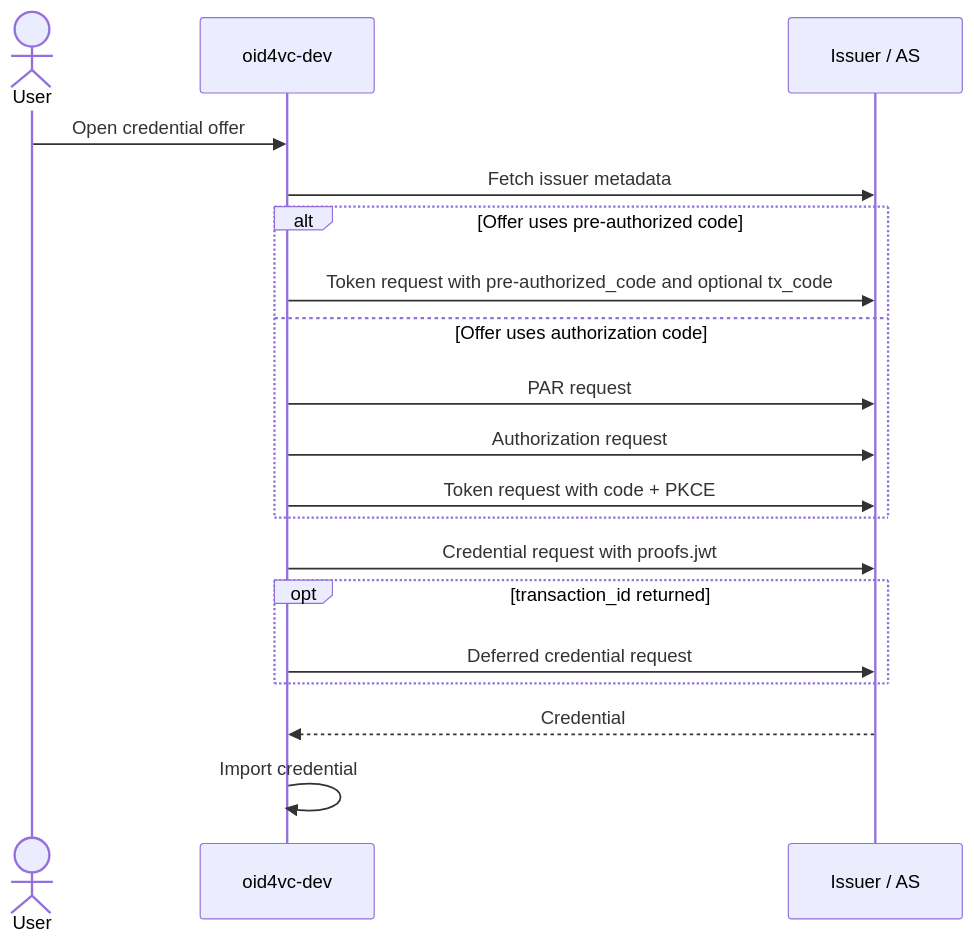
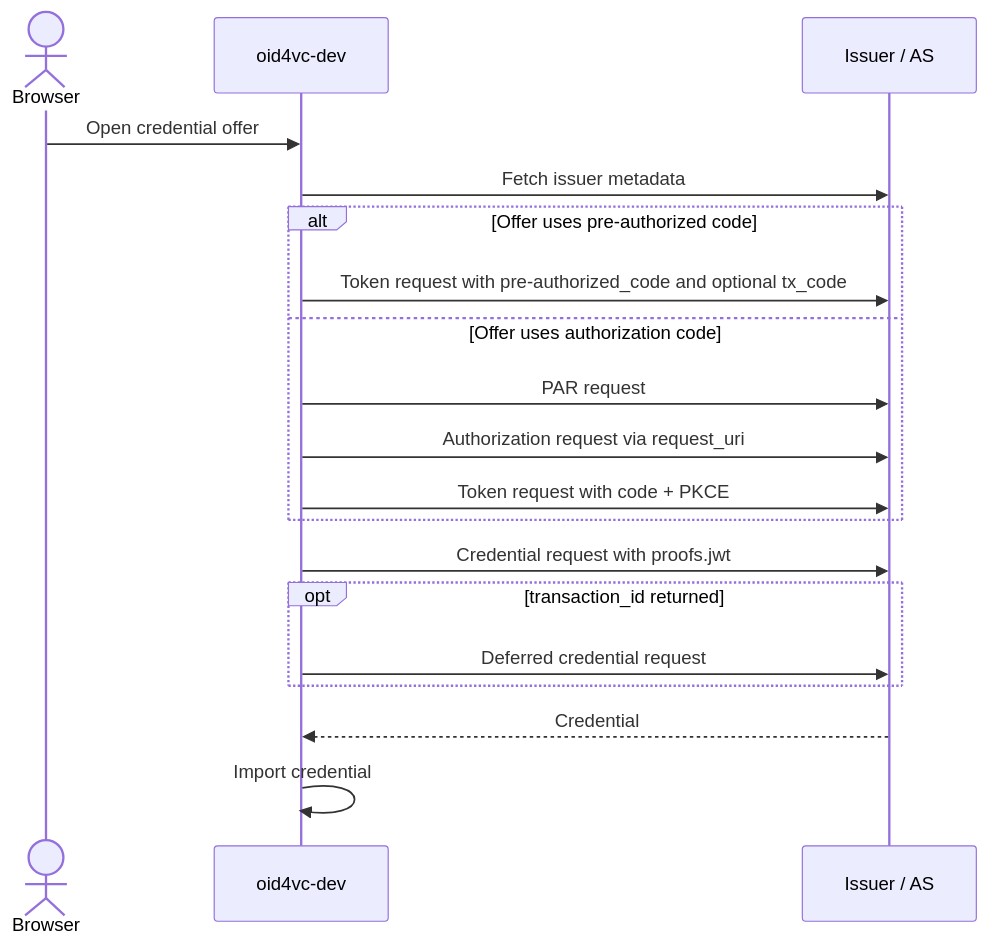
Before and after one commit to dominikschlosser/ssi-debugger: the first of 3 diagrams in docs/diagrams/oid4vci.md, drawn with Mermaid. The commit also changed other lines of this file and 10 other files, not shown here.

````diff
--- a/docs/diagrams/oid4vci.md
+++ b/docs/diagrams/oid4vci.md
@@ -7,22 +7,22 @@
 ```mermaid
 sequenceDiagram
-    actor User
+    actor Browser
     participant Wallet as oid4vc-dev
     participant Issuer as Issuer / AS
 
-    User->>Wallet: Open credential offer
+    Browser->>Wallet: Open credential offer
     Wallet->>Issuer: Fetch issuer metadata
     alt Offer uses pre-authorized code
         Wallet->>Issuer: Token request with pre-authorized_code and optional tx_code
     else Offer uses authorization code
         Wallet->>Issuer: PAR request
-        Wallet->>Issuer: Authorization request
+        Wallet->>Issuer: Authorization request via request_uri
         Wallet->>Issuer: Token request with code + PKCE
     end
     Wallet->>Issuer: Credential request with proofs.jwt
     opt transaction_id returned
         Wallet->>Issuer: Deferred credential request
     end
     Issuer-->>Wallet: Credential
     Wallet->>Wallet: Import credential
 ```
````
